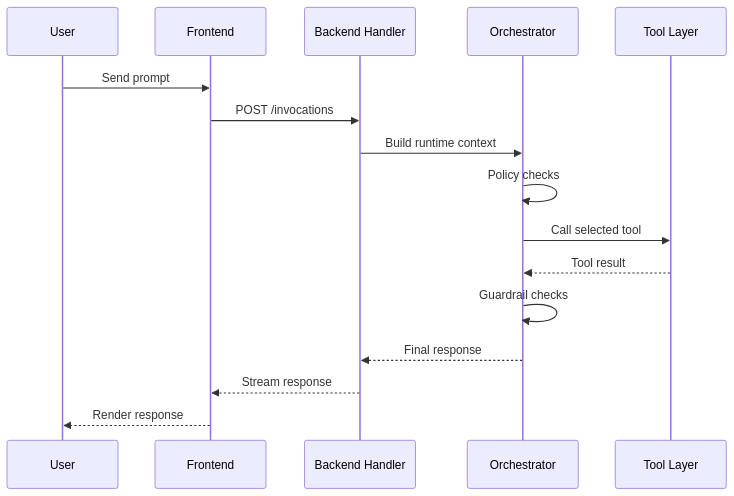
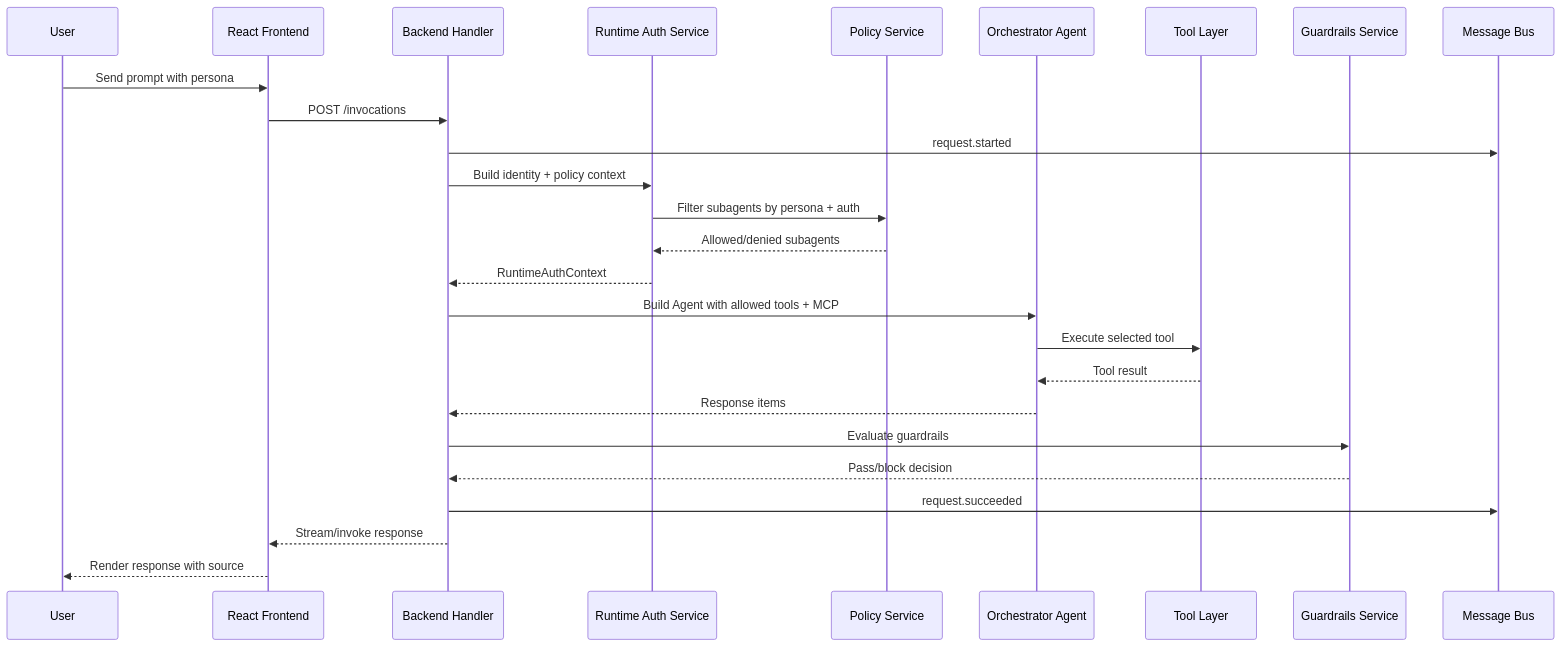
The second of 4 diagrams in docs/architecture/design-artifacts/03-logical-high-level.md (wchen-dea/Governed-Multi-Agent-Intelligence-on-Databricks), drawn with Mermaid before and after one commit. The commit also changed other lines of this file and 51 other files, not shown here.

````diff
--- a/docs/architecture/design-artifacts/03-logical-high-level.md
+++ b/docs/architecture/design-artifacts/03-logical-high-level.md
@@ -29,19 +30,29 @@
 ```mermaid
 sequenceDiagram
     participant U as User
-    participant FE as Frontend
+    participant FE as React Frontend
     participant BE as Backend Handler
-    participant OR as Orchestrator
+    participant RA as Runtime Auth Service
+    participant POL as Policy Service
+    participant OR as Orchestrator Agent
     participant TL as Tool Layer
+    participant GR as Guardrails Service
+    participant MB as Message Bus
 
-    U->>FE: Send prompt
+    U->>FE: Send prompt with persona
     FE->>BE: POST /invocations
-    BE->>OR: Build runtime context
-    OR->>OR: Policy checks
-    OR->>TL: Call selected tool
+    BE->>MB: request.started
+    BE->>RA: Build identity + policy context
+    RA->>POL: Filter subagents by persona + auth
+    POL-->>RA: Allowed/denied subagents
+    RA-->>BE: RuntimeAuthContext
+    BE->>OR: Build Agent with allowed tools + MCP
+    OR->>TL: Execute selected tool
     TL-->>OR: Tool result
-    OR->>OR: Guardrail checks
-    OR-->>BE: Final response
-    BE-->>FE: Stream response
-    FE-->>U: Render response
+    OR-->>BE: Response items
+    BE->>GR: Evaluate guardrails
+    GR-->>BE: Pass/block decision
+    BE->>MB: request.succeeded
+    BE-->>FE: Stream/invoke response
+    FE-->>U: Render response with source
 ```
````
